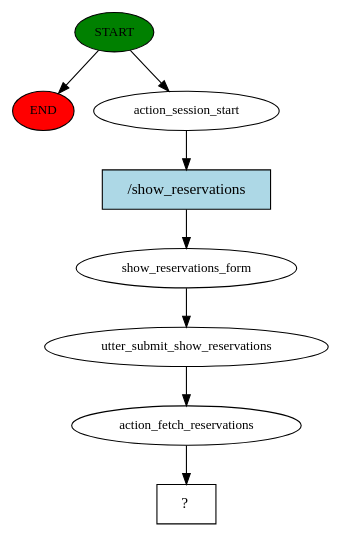
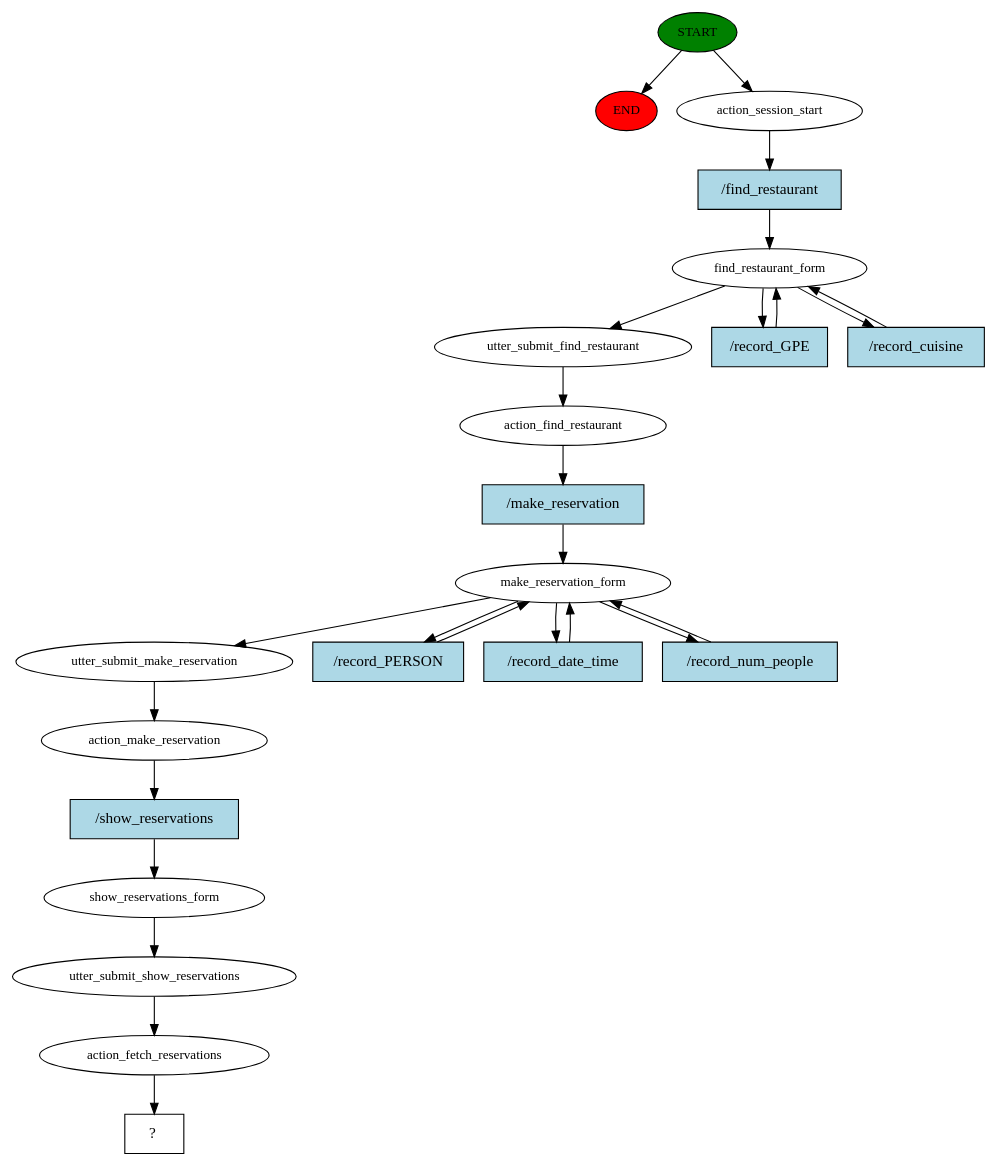
One commit to AsiaSzych/IU_Voice_Assistants changed the diagram in rasa_chatbot/story_graph.dot. Above: the diagram before and after it, drawn with Graphviz. The commit also changed 4 other files, not shown here.

```diff
--- a/rasa_chatbot/story_graph.dot
+++ b/rasa_chatbot/story_graph.dot
@@ -1,17 +1,48 @@
 digraph  {
 0 [class="start active", fillcolor=green, fontsize=12, label=START, style=filled];
 "-1" [class=end, fillcolor=red, fontsize=12, label=END, style=filled];
 1 [class=active, fontsize=12, label=action_session_start];
-2 [class=active, fontsize=12, label=show_reservations_form];
-3 [class=active, fontsize=12, label=utter_submit_show_reservations];
-4 [class=active, fontsize=12, label=action_fetch_reservations];
-5 [class="intent dashed active", label="  ?  ", shape=rect];
-6 [class="intent active", fillcolor=lightblue, label="/show_reservations", shape=rect, style=filled];
+2 [class=active, fontsize=12, label=find_restaurant_form];
+5 [class=active, fontsize=12, label=utter_submit_find_restaurant];
+6 [class=active, fontsize=12, label=action_find_restaurant];
+7 [class=active, fontsize=12, label=make_reservation_form];
+11 [class=active, fontsize=12, label=utter_submit_make_reservation];
+12 [class=active, fontsize=12, label=action_make_reservation];
+13 [class=active, fontsize=12, label=show_reservations_form];
+14 [class=active, fontsize=12, label=utter_submit_show_reservations];
+15 [class=active, fontsize=12, label=action_fetch_reservations];
+16 [class="intent dashed active", label="  ?  ", shape=rect];
+17 [class="intent active", fillcolor=lightblue, label="/find_restaurant", shape=rect, style=filled];
+18 [class="intent active", fillcolor=lightblue, label="/record_GPE", shape=rect, style=filled];
+19 [class="intent active", fillcolor=lightblue, label="/record_cuisine", shape=rect, style=filled];
+20 [class="intent active", fillcolor=lightblue, label="/make_reservation", shape=rect, style=filled];
+21 [class="intent active", fillcolor=lightblue, label="/record_PERSON", shape=rect, style=filled];
+22 [class="intent active", fillcolor=lightblue, label="/record_date_time", shape=rect, style=filled];
+23 [class="intent active", fillcolor=lightblue, label="/record_num_people", shape=rect, style=filled];
+24 [class="intent active", fillcolor=lightblue, label="/show_reservations", shape=rect, style=filled];
 0 -> "-1"  [class="", key=NONE, label=""];
 0 -> 1  [class=active, key=NONE, label=""];
-1 -> 6  [class=active, key=0];
-2 -> 3  [class=active, key=NONE, label=""];
-3 -> 4  [class=active, key=NONE, label=""];
-4 -> 5  [class=active, key=NONE, label=""];
-6 -> 2  [class=active, key=0];
+1 -> 17  [class=active, key=0];
+2 -> 5  [class=active, key=NONE, label=""];
+2 -> 18  [class=active, key=0];
+2 -> 19  [class=active, key=0];
+5 -> 6  [class=active, key=NONE, label=""];
+6 -> 20  [class=active, key=0];
+7 -> 11  [class=active, key=NONE, label=""];
+7 -> 21  [class=active, key=0];
+7 -> 22  [class=active, key=0];
+7 -> 23  [class=active, key=0];
+11 -> 12  [class=active, key=NONE, label=""];
+12 -> 24  [class=active, key=0];
+13 -> 14  [class=active, key=NONE, label=""];
+14 -> 15  [class=active, key=NONE, label=""];
+15 -> 16  [class=active, key=NONE, label=""];
+17 -> 2  [class=active, key=0];
+18 -> 2  [class=active, key=0];
+19 -> 2  [class=active, key=0];
+20 -> 7  [class=active, key=0];
+21 -> 7  [class=active, key=0];
+22 -> 7  [class=active, key=0];
+23 -> 7  [class=active, key=0];
+24 -> 13  [class=active, key=0];
 }
```
